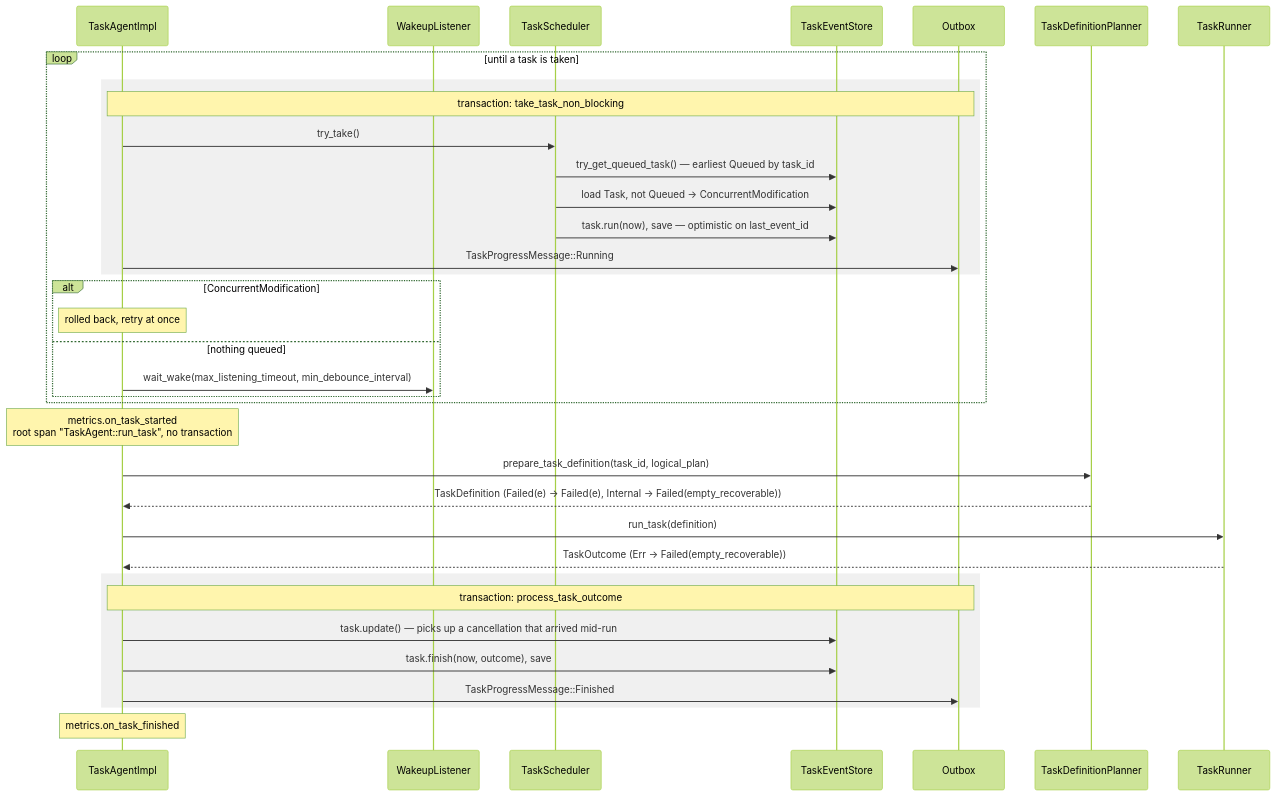
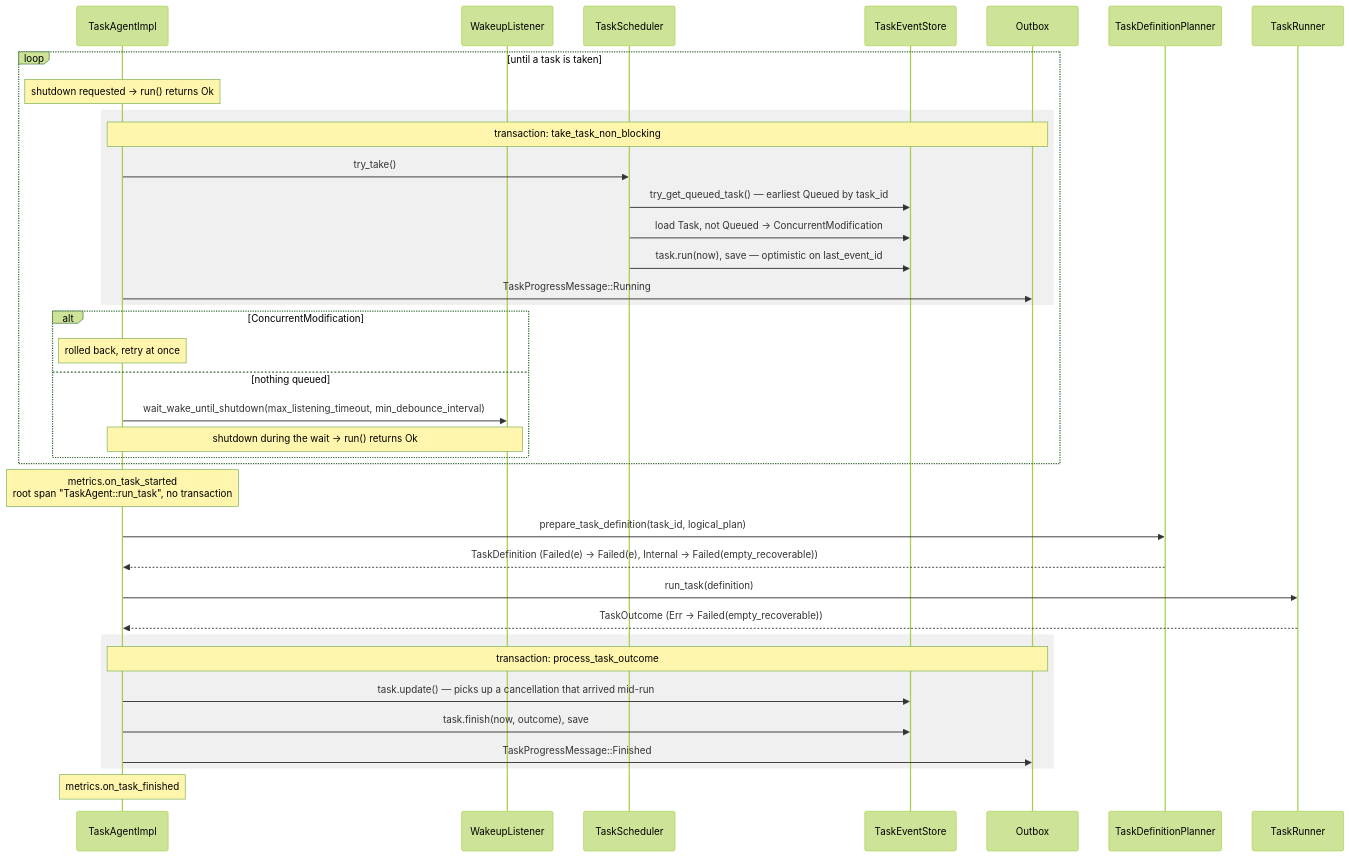
One commit to kamu-data/kamu-cli changed the third of 4 diagrams in docs/internal/task-system.md. Above: the diagram before and after it, drawn with Mermaid (forest theme). The commit also changed other lines of this file and 6 other files, not shown here.

````diff
--- a/docs/internal/task-system.md
+++ b/docs/internal/task-system.md
@@ -236,40 +236,42 @@
 ```mermaid
 sequenceDiagram
     participant A as TaskAgentImpl
     participant W as WakeupListener
     participant S as TaskScheduler
     participant ES as TaskEventStore
     participant O as Outbox
     participant P as TaskDefinitionPlanner
     participant R as TaskRunner
 
     loop until a task is taken
+        note over A: shutdown requested → run() returns Ok
         rect rgba(128, 128, 128, 0.12)
             note over A,O: transaction: take_task_non_blocking
             A->>S: try_take()
             S->>ES: try_get_queued_task() — earliest Queued by task_id
             S->>ES: load Task, not Queued → ConcurrentModification
             S->>ES: task.run(now), save — optimistic on last_event_id
             A->>O: TaskProgressMessage::Running
         end
         alt ConcurrentModification
             note over A: rolled back, retry at once
         else nothing queued
-            A->>W: wait_wake(max_listening_timeout, min_debounce_interval)
+            A->>W: wait_wake_until_shutdown(max_listening_timeout, min_debounce_interval)
+            note over A,W: shutdown during the wait → run() returns Ok
         end
     end
 
     note over A: metrics.on_task_started<br/>root span "TaskAgent::run_task", no transaction
     A->>P: prepare_task_definition(task_id, logical_plan)
     P-->>A: TaskDefinition (Failed(e) → Failed(e), Internal → Failed(empty_recoverable))
     A->>R: run_task(definition)
     R-->>A: TaskOutcome (Err → Failed(empty_recoverable))
 
     rect rgba(128, 128, 128, 0.12)
         note over A,O: transaction: process_task_outcome
         A->>ES: task.update() — picks up a cancellation that arrived mid-run
         A->>ES: task.finish(now, outcome), save
         A->>O: TaskProgressMessage::Finished
     end
     note over A: metrics.on_task_finished
 ```
````
